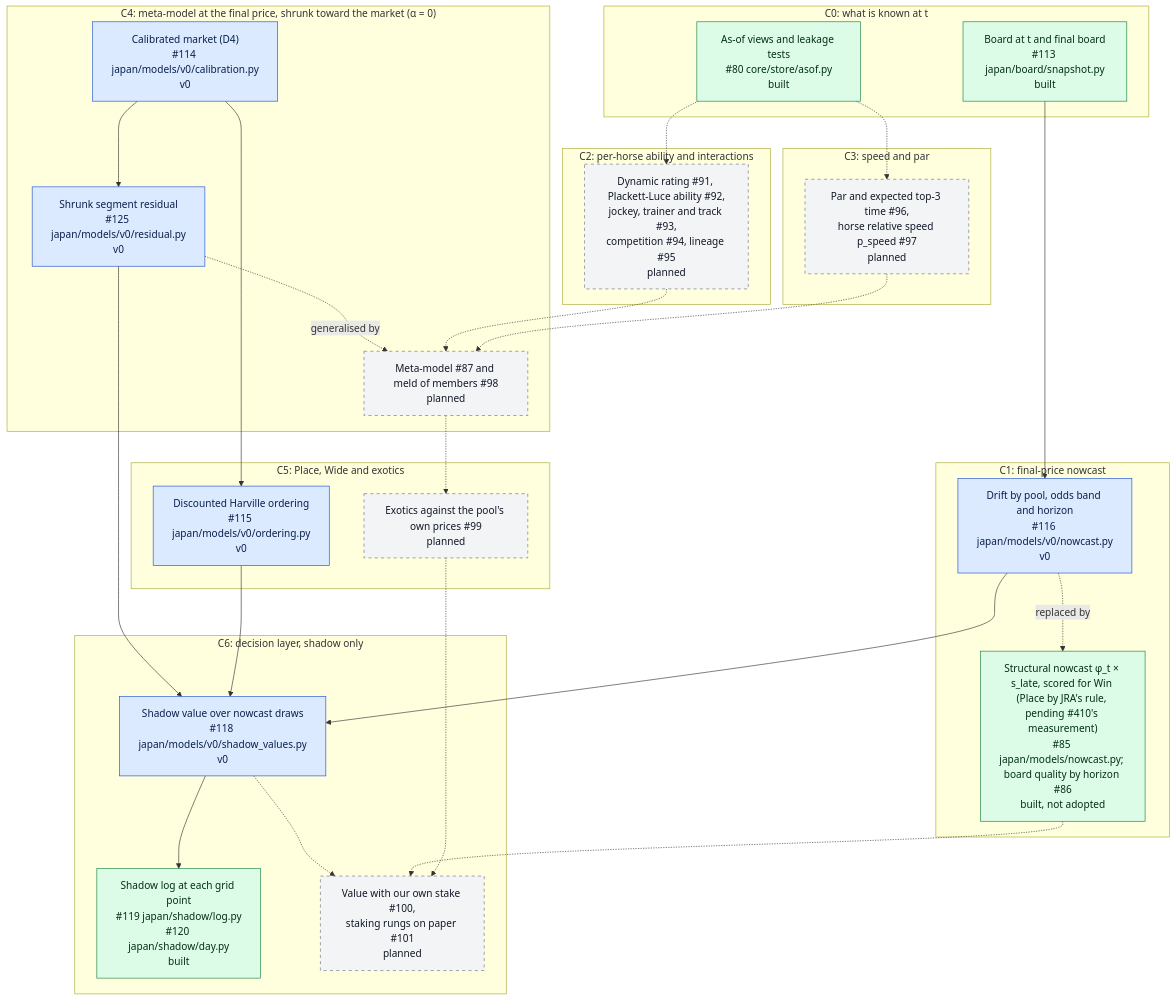
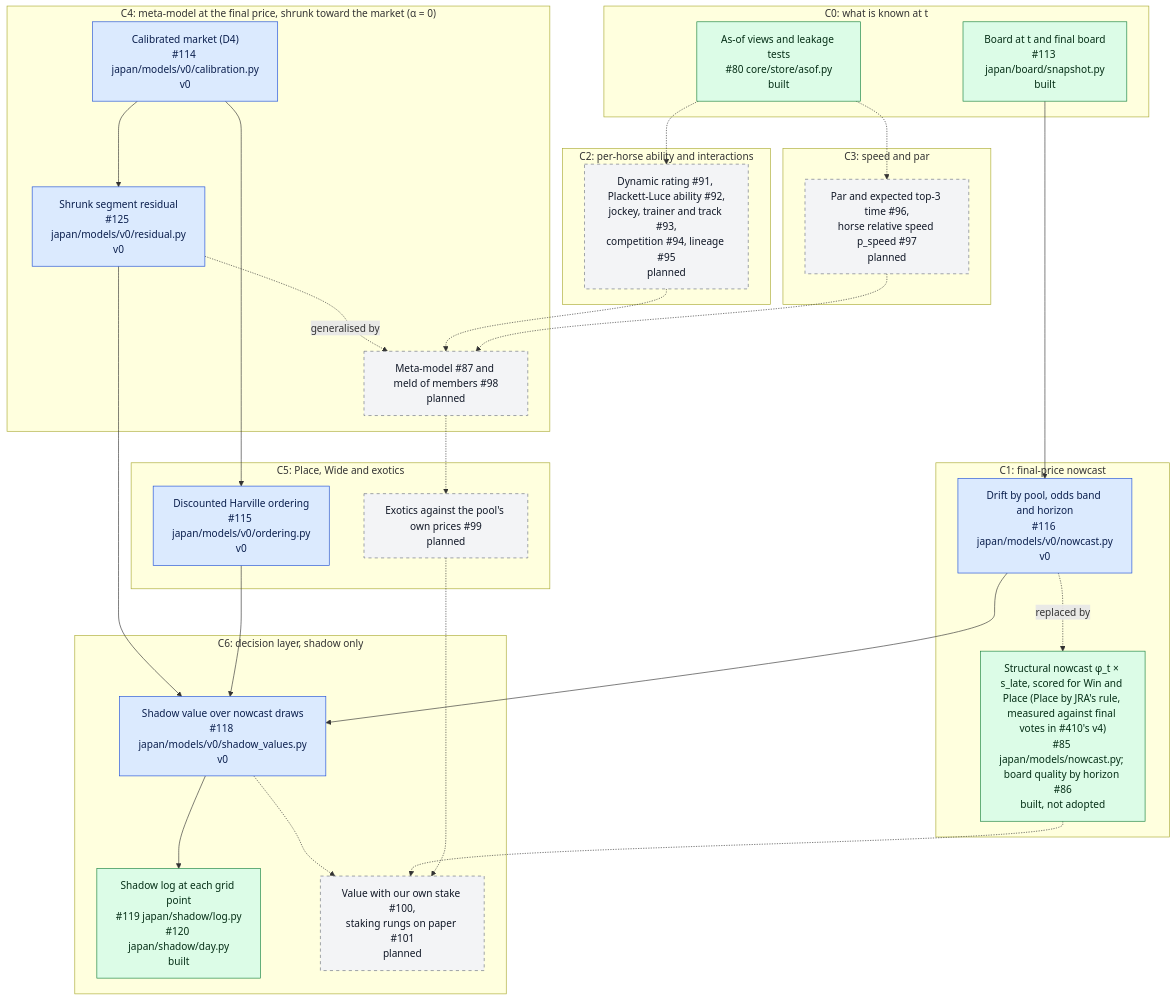
Before and after one commit to rjeskuri/HorseTrackBetting: the second of 6 diagrams in docs/modeling.md, drawn with Mermaid. The commit also changed 5 other files, not shown here.

First line of the commit message:
Report the v4 nowcast run and its Place measurement (#410)

````diff
--- a/docs/modeling.md
+++ b/docs/modeling.md
@@ -65,55 +65,55 @@
 ```mermaid
 flowchart TB
     subgraph L0["C0: what is known at t"]
         ASOF["As-of views and leakage tests<br/>#80 core/store/asof.py<br/>built"]
         BOARD["Board at t and final board<br/>#113 japan/board/snapshot.py<br/>built"]
     end
     subgraph L1["C1: final-price nowcast"]
         NC0["Drift by pool, odds band and horizon<br/>#116 japan/models/v0/nowcast.py<br/>v0"]
-        NC1["Structural nowcast φ_t × s_late, scored for Win (Place by JRA's rule, pending #410's measurement)<br/>#85 japan/models/nowcast.py; board quality by horizon #86<br/>built, not adopted"]
+        NC1["Structural nowcast φ_t × s_late, scored for Win and Place (Place by JRA's rule, measured against final votes in #410's v4)<br/>#85 japan/models/nowcast.py; board quality by horizon #86<br/>built, not adopted"]
     end
     subgraph L2["C2: per-horse ability and interactions"]
         ABIL["Dynamic rating #91, Plackett-Luce ability #92,<br/>jockey, trainer and track #93,<br/>competition #94, lineage #95<br/>planned"]
     end
     subgraph L3["C3: speed and par"]
         SPEED["Par and expected top-3 time #96,<br/>horse relative speed p_speed #97<br/>planned"]
     end
     subgraph L4["C4: meta-model at the final price, shrunk toward the market (α = 0)"]
         CAL["Calibrated market (D4)<br/>#114 japan/models/v0/calibration.py<br/>v0"]
         RES["Shrunk segment residual<br/>#125 japan/models/v0/residual.py<br/>v0"]
         META["Meta-model #87 and meld of members #98<br/>planned"]
     end
     subgraph L5["C5: Place, Wide and exotics"]
         ORD["Discounted Harville ordering<br/>#115 japan/models/v0/ordering.py<br/>v0"]
         EXO["Exotics against the pool's own prices #99<br/>planned"]
     end
     subgraph L6["C6: decision layer, shadow only"]
         SV["Shadow value over nowcast draws<br/>#118 japan/models/v0/shadow_values.py<br/>v0"]
         SLOG["Shadow log at each grid point<br/>#119 japan/shadow/log.py<br/>#120 japan/shadow/day.py<br/>built"]
         STAKE["Value with our own stake #100,<br/>staking rungs on paper #101<br/>planned"]
     end
     BOARD --> NC0
     NC0 -.->|"replaced by"| NC1
     ASOF -.-> ABIL
     ASOF -.-> SPEED
     CAL --> RES
     CAL --> ORD
     RES -.->|"generalised by"| META
     ABIL -.-> META
     SPEED -.-> META
     META -.-> EXO
     RES --> SV
     ORD --> SV
     NC0 --> SV
     SV --> SLOG
     SV -.-> STAKE
     NC1 -.-> STAKE
     EXO -.-> STAKE
 
     classDef v0 fill:#dbeafe,stroke:#1d4ed8,color:#0b1f4d
     classDef built fill:#dcfce7,stroke:#15803d,color:#052e16
     classDef planned fill:#f3f4f6,stroke:#6b7280,stroke-dasharray: 5 5,color:#111827
     class NC0,CAL,RES,ORD,SV v0
     class ASOF,BOARD,SLOG,NC1 built
     class ABIL,SPEED,META,EXO,STAKE planned
 ```
````
